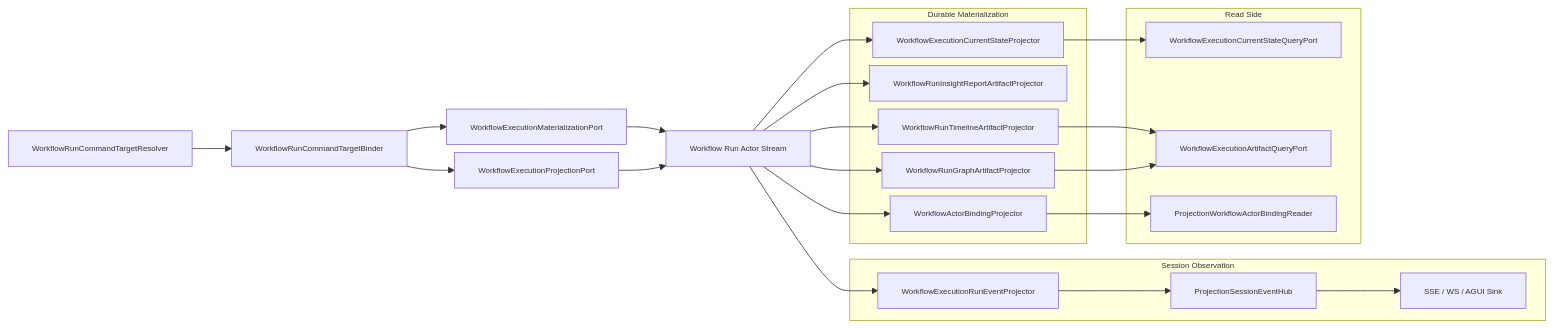
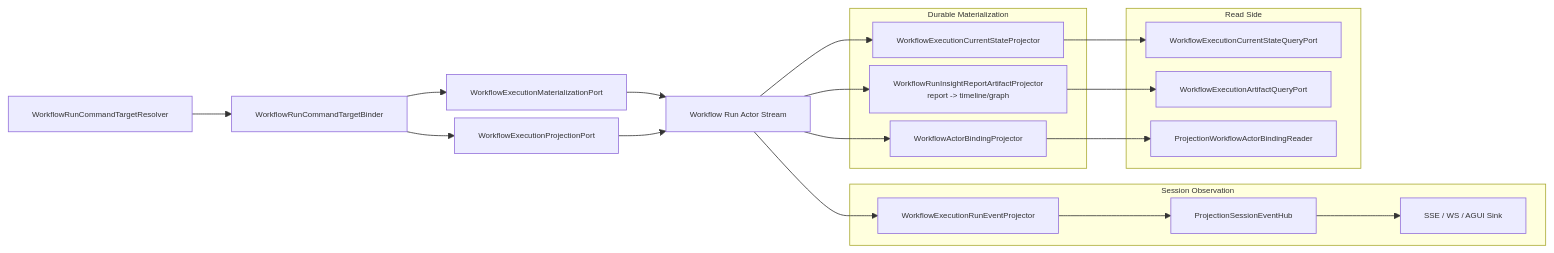
The third of 5 diagrams in docs/architecture/2026-03-17-projection-all-links-analysis.md (aevatarAI/aevatar), drawn with Mermaid before and after one commit. The commit also changed other lines of this file and 55 other files, not shown here.

````diff
--- a/docs/architecture/2026-03-17-projection-all-links-analysis.md
+++ b/docs/architecture/2026-03-17-projection-all-links-analysis.md
@@ -239,45 +239,40 @@
 ```mermaid
 %%{init: {"maxTextSize": 100000, "flowchart": {"useMaxWidth": false, "nodeSpacing": 10, "rankSpacing": 50}, "themeVariables": {"fontSize": "10px"}}}%%
 flowchart LR
     A1["WorkflowRunCommandTargetResolver"]
     A2["WorkflowRunCommandTargetBinder"]
     A3["WorkflowExecutionMaterializationPort"]
     A4["WorkflowExecutionProjectionPort"]
     A5["Workflow Run Actor Stream"]
 
     subgraph D["Durable Materialization"]
         D1["WorkflowExecutionCurrentStateProjector"]
-        D2["WorkflowRunInsightReportArtifactProjector"]
-        D3["WorkflowRunTimelineArtifactProjector"]
-        D4["WorkflowRunGraphArtifactProjector"]
-        D5["WorkflowActorBindingProjector"]
+        D2["WorkflowRunInsightReportArtifactProjector<br/>report -> timeline/graph"]
+        D3["WorkflowActorBindingProjector"]
     end
 
     subgraph S["Session Observation"]
         S1["WorkflowExecutionRunEventProjector"]
         S2["ProjectionSessionEventHub<WorkflowRunEventEnvelope>"]
         S3["SSE / WS / AGUI Sink"]
     end
 
     subgraph R["Read Side"]
         R1["WorkflowExecutionCurrentStateQueryPort"]
         R2["WorkflowExecutionArtifactQueryPort"]
         R3["ProjectionWorkflowActorBindingReader"]
     end
 
     A1 --> A2
     A2 --> A3
     A2 --> A4
     A3 --> A5
     A4 --> A5
     A5 --> D1
     A5 --> D2
     A5 --> D3
-    A5 --> D4
-    A5 --> D5
     A5 --> S1 --> S2 --> S3
     D1 --> R1
-    D3 --> R2
-    D4 --> R2
-    D5 --> R3
+    D2 --> R2
+    D3 --> R3
 ```
````
